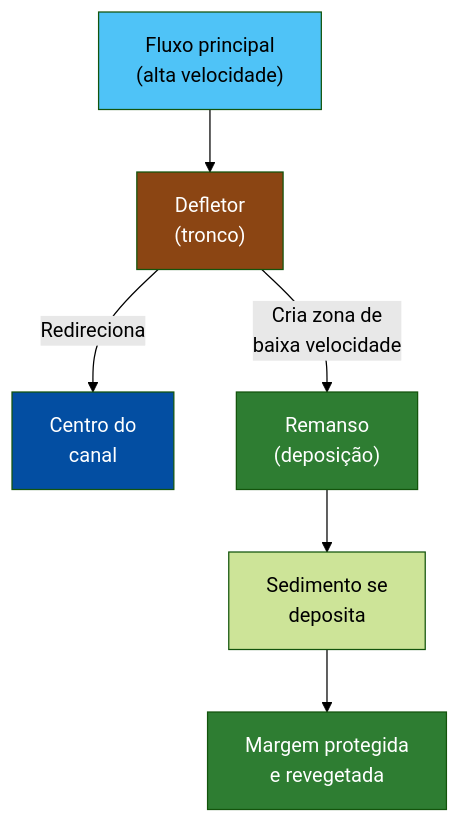
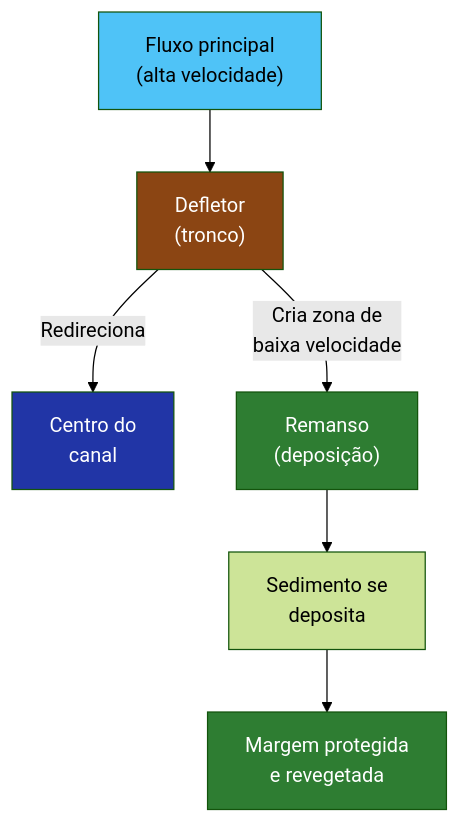
Before and after one commit to ldvsantos/cv: the fourth of 10 diagrams in aulas/bioengenharia_de_solos/aulas/bioengenharia_fluvial/bioengenharia_fluvial.qmd, drawn with Mermaid (forest theme). The commit also changed other lines of this file and 466 other files, not shown here.

````diff
--- a/aulas/bioengenharia_de_solos/aulas/bioengenharia_fluvial/bioengenharia_fluvial.qmd
+++ b/aulas/bioengenharia_de_solos/aulas/bioengenharia_fluvial/bioengenharia_fluvial.qmd
@@ -272,14 +270,14 @@
 ```{mermaid}
 %%| fig-width: 4.5
 graph TD
     A["Fluxo principal<br>(alta velocidade)"] --> B["Defletor<br>(tronco)"]
     B -->|"Redireciona"| C["Centro do<br>canal"]
     B -->|"Cria zona de<br>baixa velocidade"| D["Remanso<br>(deposição)"]
     D --> E["Sedimento se<br>deposita"]
     E --> F["Margem protegida<br>e revegetada"]
     style A fill:#4FC3F7,color:#000
     style B fill:#8B4513,color:#fff
-    style C fill:#034EA2,color:#fff
+    style C fill:#2135A6,color:#fff
     style D fill:#2E7D32,color:#fff
     style F fill:#2E7D32,color:#fff
 ```
````
